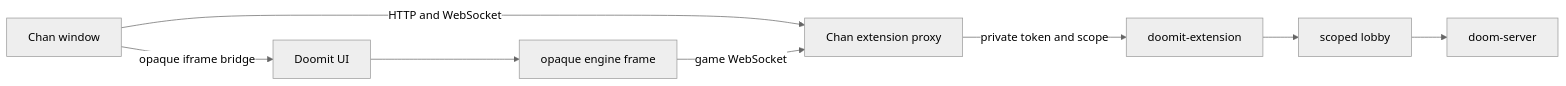
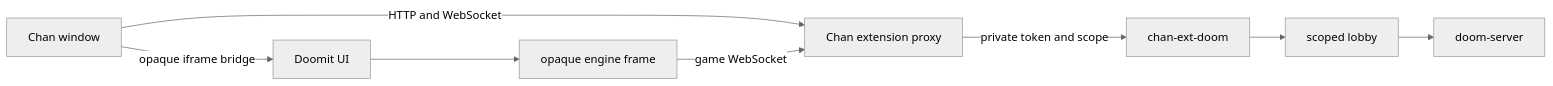
Before and after one commit to fiorix/chan-ext-doom: the diagram in docs/chan-extension.md, drawn with Mermaid (neutral theme). The commit also changed other lines of this file and 18 other files, not shown here.

First line of the commit message:
chore(release)!: rename the project to chan-ext-doom

````diff
--- a/docs/chan-extension.md
+++ b/docs/chan-extension.md
@@ -7,10 +7,10 @@
 ```mermaid
 flowchart LR
     C[Chan window] -->|HTTP and WebSocket| P[Chan extension proxy]
-    P -->|private token and scope| E[doomit-extension]
+    P -->|private token and scope| E[chan-ext-doom]
     E --> L[scoped lobby]
     L --> S[doom-server]
     C -->|opaque iframe bridge| U[Doomit UI]
     U --> F[opaque engine frame]
     F -->|game WebSocket| P
 ```
````
